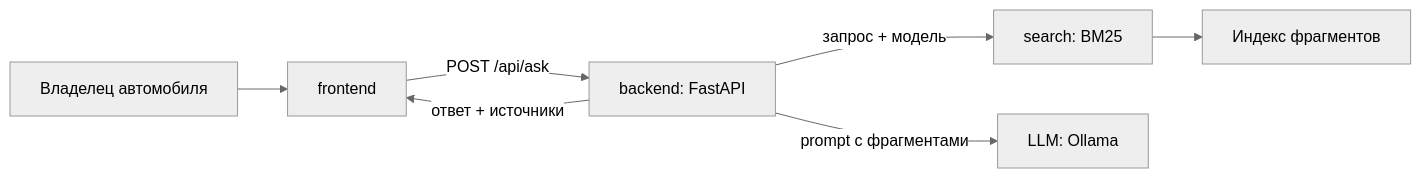
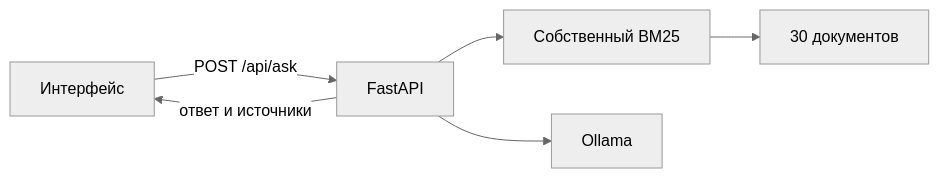
The diagram in README.md (Renegade19/ManualMate), drawn with Mermaid (neutral theme) before and after one commit. The commit also changed other lines of this file and 29 other files, not shown here.

````diff
--- a/README.md
+++ b/README.md
@@ -105,9 +67,8 @@
 ```mermaid
 flowchart LR
-    U["Владелец автомобиля"] --> F["frontend"]
-    F -->|POST /api/ask| B["backend: FastAPI"]
-    B -->|запрос + модель| S["search: BM25"]
-    S --> I["Индекс фрагментов"]
-    B -->|prompt с фрагментами| L["LLM: Ollama"]
-    B -->|ответ + источники| F
+    F["Интерфейс"] -->|POST /api/ask| B["FastAPI"]
+    B --> S["Собственный BM25"]
+    S --> C["30 документов"]
+    B --> L["Ollama"]
+    B -->|ответ и источники| F
 ```
````
